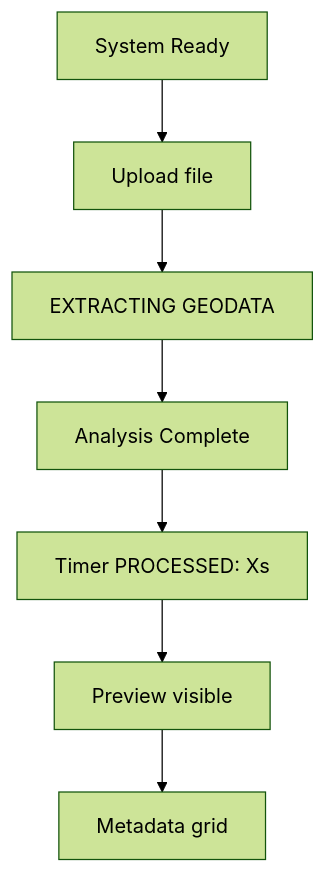
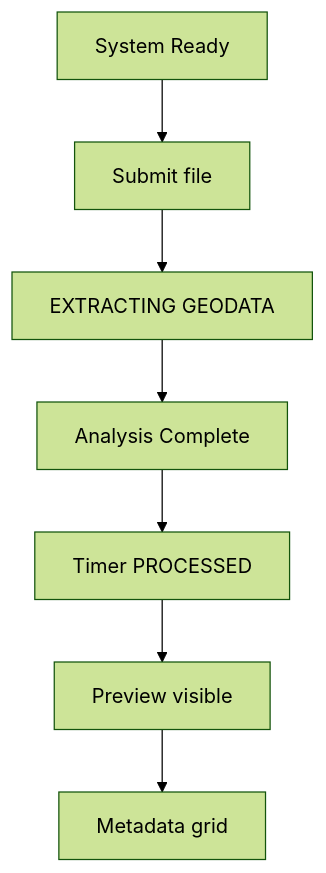
The ninth of 38 diagrams in README.md (GeoWGS84-Testing/Mrsid-Extension), drawn with Mermaid (forest theme) before and after one commit. The commit also changed other lines of this file, not shown here.

````diff
--- a/README.md
+++ b/README.md
@@ -363,9 +396,9 @@
 ```mermaid
 flowchart TD
-  S[System Ready] --> U[Upload file]
+  S[System Ready] --> U[Submit file]
   U --> E[EXTRACTING GEODATA]
   E --> A[Analysis Complete]
-  A --> T[Timer PROCESSED: Xs]
-  T --> Pv[Preview visible]
-  Pv --> M[Metadata grid]
+  A --> T[Timer PROCESSED]
+  T --> V[Preview visible]
+  V --> M[Metadata grid]
 ```
````
